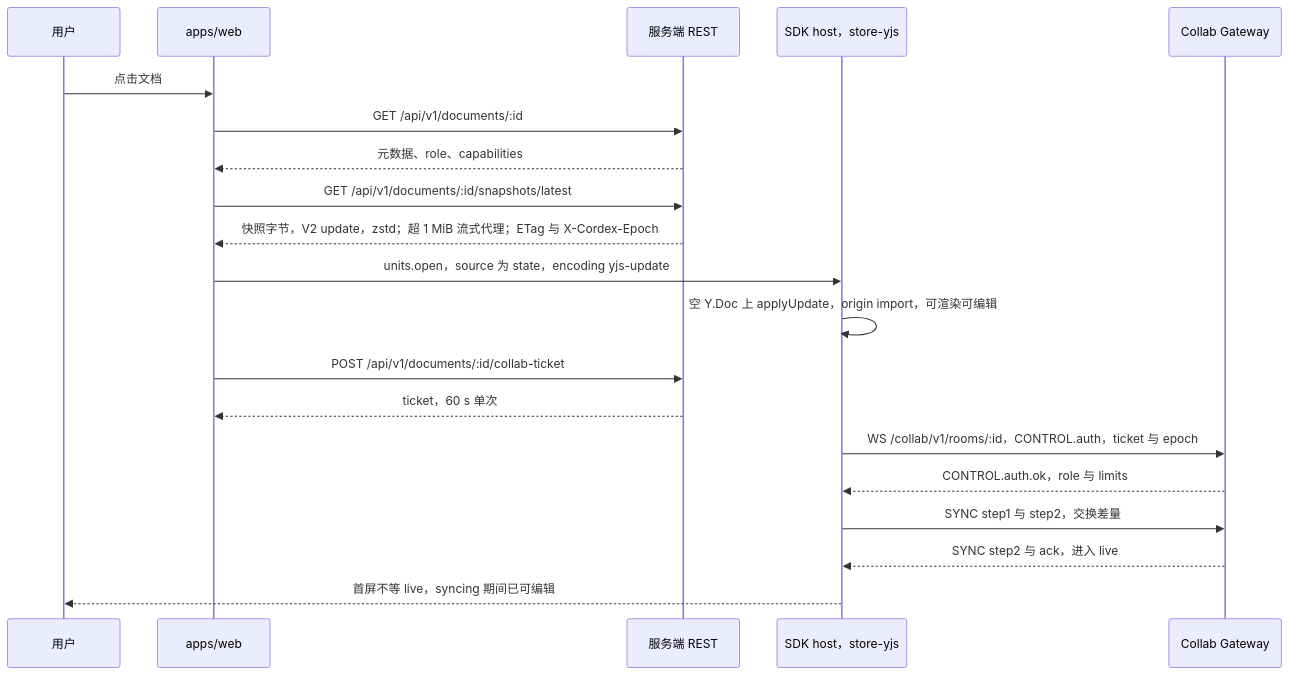
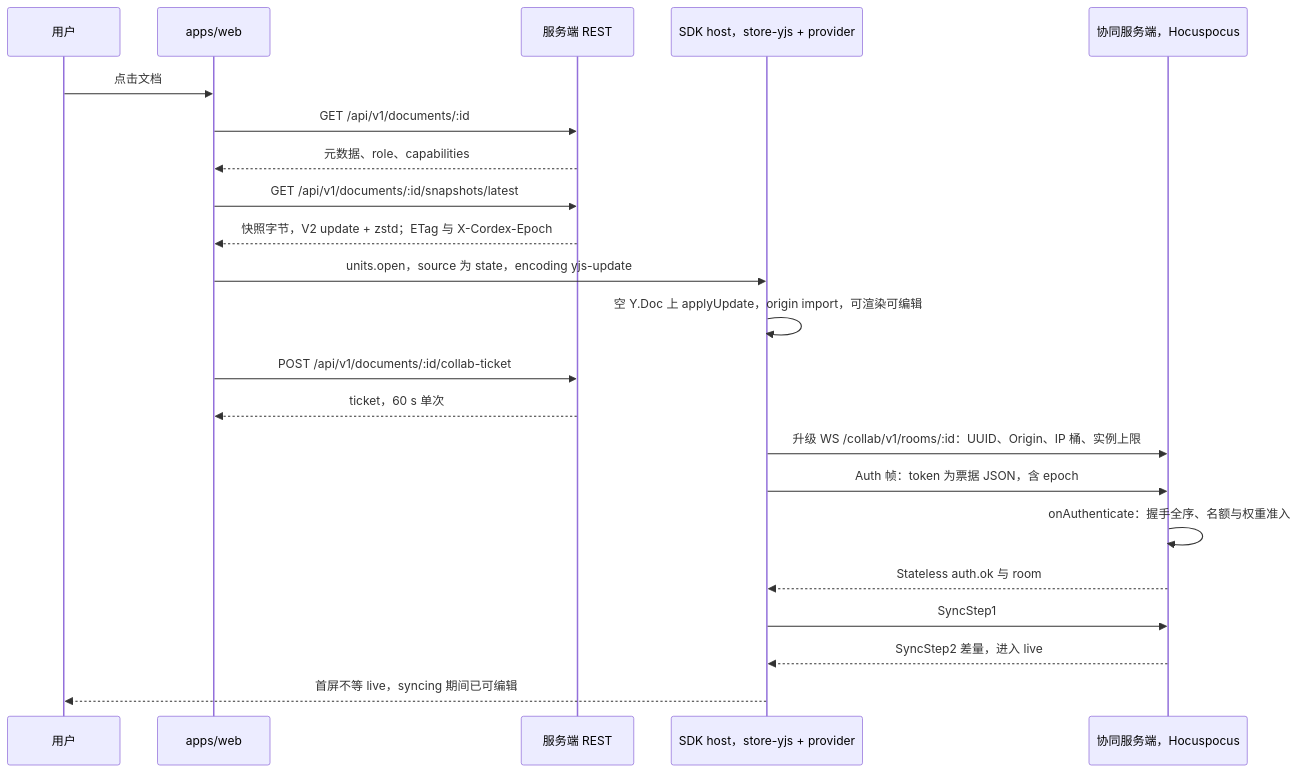
One commit to Xeonice/cordis-ppt-editor changed diagram 11 of 18 in docs/30-architecture/01-overview.md. Above: the diagram before and after it, drawn with Mermaid. The commit also changed other lines of this file and 78 other files, not shown here.

````diff
--- a/docs/30-architecture/01-overview.md
+++ b/docs/30-architecture/01-overview.md
@@ -203,22 +489,24 @@
 ```mermaid
 sequenceDiagram
   participant user as 用户
   participant web as apps/web
   participant api as 服务端 REST
-  participant host as SDK host，store-yjs
-  participant gw as Collab Gateway
+  participant host as SDK host，store-yjs + provider
+  participant gw as 协同服务端，Hocuspocus
   user->>web: 点击文档
   web->>api: GET /api/v1/documents/:id
   api-->>web: 元数据、role、capabilities
   web->>api: GET /api/v1/documents/:id/snapshots/latest
-  api-->>web: 快照字节，V2 update，zstd；超 1 MiB 流式代理；ETag 与 X-Cordex-Epoch
+  api-->>web: 快照字节，V2 update + zstd；ETag 与 X-Cordex-Epoch
   web->>host: units.open，source 为 state，encoding yjs-update
   host->>host: 空 Y.Doc 上 applyUpdate，origin import，可渲染可编辑
   web->>api: POST /api/v1/documents/:id/collab-ticket
   api-->>web: ticket，60 s 单次
-  host->>gw: WS /collab/v1/rooms/:id，CONTROL.auth，ticket 与 epoch
-  gw-->>host: CONTROL.auth.ok，role 与 limits
-  host->>gw: SYNC step1 与 step2，交换差量
-  gw-->>host: SYNC step2 与 ack，进入 live
+  host->>gw: 升级 WS /collab/v1/rooms/:id：UUID、Origin、IP 桶、实例上限
+  host->>gw: Auth 帧：token 为票据 JSON，含 epoch
+  gw->>gw: onAuthenticate：握手全序、名额与权重准入
+  gw-->>host: Stateless auth.ok 与 room
+  host->>gw: SyncStep1
+  gw-->>host: SyncStep2 差量，进入 live
   host-->>user: 首屏不等 live，syncing 期间已可编辑
 ```
````
